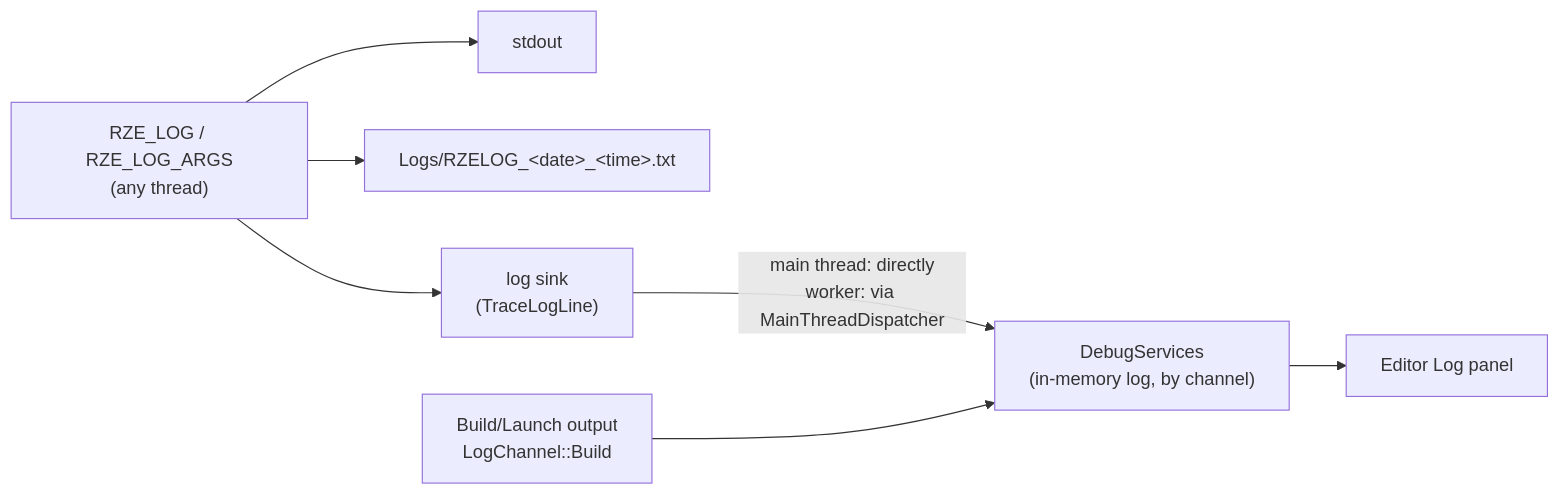
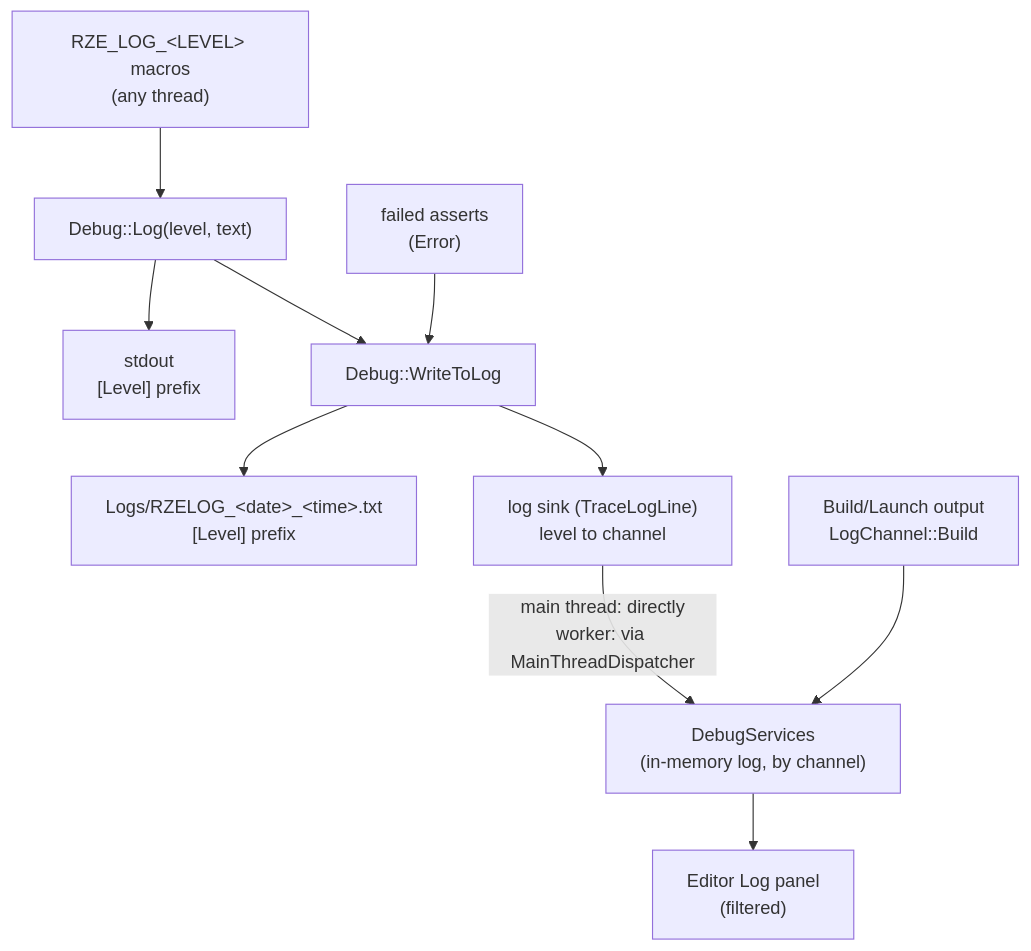
The diagram in Docs/Generated/Engine/06-Platform-And-Infrastructure/Debug-Services-And-Logging.md (b1nary0/RZE), drawn with Mermaid before and after one commit. The commit also changed other lines of this file and 5 other files, not shown here.

First line of the commit message:
Document log levels, the Log panel's filter and the shader issues they found

````diff
--- a/Docs/Generated/Engine/06-Platform-And-Infrastructure/Debug-Services-And-Logging.md
+++ b/Docs/Generated/Engine/06-Platform-And-Infrastructure/Debug-Services-And-Logging.md
@@ -5,10 +5,13 @@
 ```mermaid
 %%{init: {'flowchart': {'subGraphTitleMargin': {'top': 6, 'bottom': 10}}, 'themeCSS': '.labelBkg, .edgeLabel { background-color: var(--background-primary) !important; } .messageText, .labelText, .loopText { paint-order: stroke; stroke: var(--background-primary); stroke-width: 5px; stroke-linejoin: round; }'}}%%
-flowchart LR
-    Call["RZE_LOG / RZE_LOG_ARGS<br/>(any thread)"] --> Out["stdout"]
-    Call --> File["Logs/RZELOG_&lt;date&gt;_&lt;time&gt;.txt"]
-    Call --> Sink["log sink<br/>(TraceLogLine)"]
+flowchart TD
+    Call["RZE_LOG_&lt;LEVEL&gt; macros<br/>(any thread)"] --> Log["Debug::Log(level, text)"]
+    Log --> Out["stdout<br/>[Level] prefix"]
+    Log --> WTL["Debug::WriteToLog"]
+    Assert["failed asserts<br/>(Error)"] --> WTL
+    WTL --> File["Logs/RZELOG_&lt;date&gt;_&lt;time&gt;.txt<br/>[Level] prefix"]
+    WTL --> Sink["log sink (TraceLogLine)<br/>level to channel"]
     Sink -->|"main thread: directly<br/>worker: via MainThreadDispatcher"| DS["DebugServices<br/>(in-memory log, by channel)"]
     Build["Build/Launch output<br/>LogChannel::Build"] --> DS
-    DS --> Panel["Editor Log panel"]
+    DS --> Panel["Editor Log panel<br/>(filtered)"]
 ```
````
